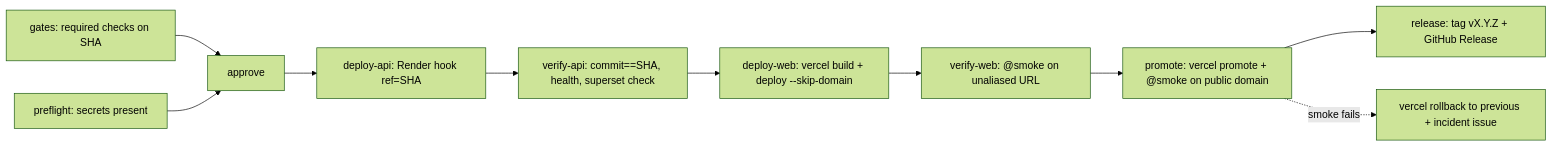
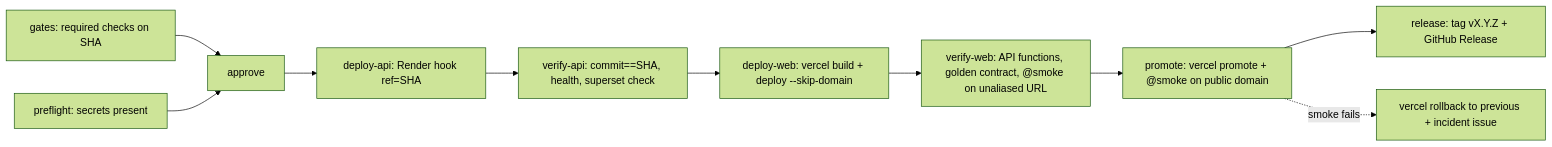
Before and after one commit to Algorythmos-AI/sggs-knowledge-base: the diagram in docs/process/runbooks/deploy.md, drawn with Mermaid (forest theme). The commit also changed other lines of this file and 4 other files, not shown here.

First line of the commit message:
docs: deploy runbook, delivery doc and poster 09 match production on the functions

````diff
--- a/docs/process/runbooks/deploy.md
+++ b/docs/process/runbooks/deploy.md
@@ -16,14 +16,14 @@
 ```mermaid
 flowchart LR
     accTitle: The deploy-production job chain
-    accDescr: Gates, preflight and approval, then the API deploy and its verification, the unaliased web deploy and its smoke, promotion with the public smoke and rollback edge, and the release tag.
+    accDescr: Gates, preflight and approval, then the API deploy and its verification, the unaliased web deploy with its API functions and their checks, promotion with the public smoke and rollback edge, and the release tag.
   G[gates: required checks on SHA] --> A[approve]
   P[preflight: secrets present] --> A
   A --> DA[deploy-api: Render hook ref=SHA]
   DA --> VA[verify-api: commit==SHA, health, superset check]
   VA --> DW[deploy-web: vercel build + deploy --skip-domain]
-  DW --> VW[verify-web: @smoke on unaliased URL]
+  DW --> VW[verify-web: API functions, golden contract, @smoke on unaliased URL]
   VW --> PR[promote: vercel promote + @smoke on public domain]
   PR --> R[release: tag vX.Y.Z + GitHub Release]
   PR -. smoke fails .-> RB[vercel rollback to previous + incident issue]
 ```
````
